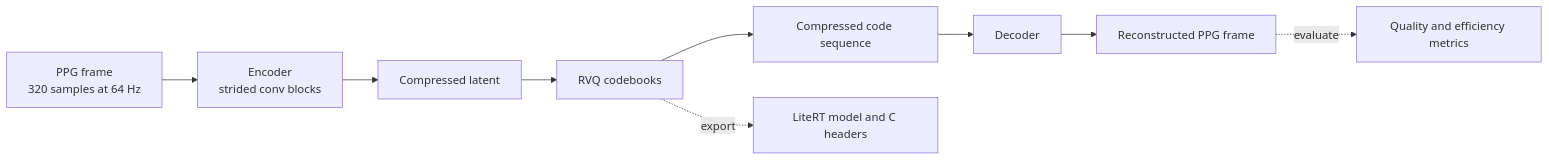
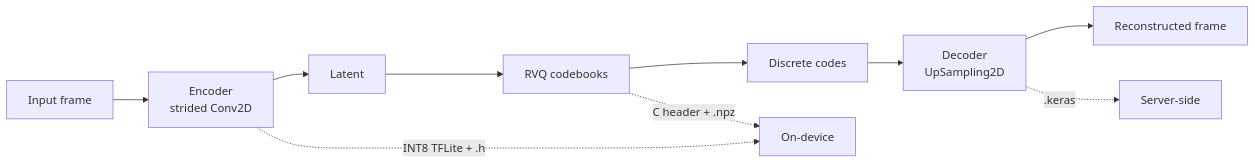
One commit to AmbiqAI/compressionkit changed the diagram in docs/index.md. Above: the diagram before and after it, drawn with Mermaid. The commit also changed other lines of this file and 404 other files, not shown here.

First line of the commit message:
refactor(models): split rvq_autoencoder.py into blocks, encoder, decoder modules

````diff
--- a/docs/index.md
+++ b/docs/index.md
@@ -131,11 +86,12 @@
 ```mermaid
 flowchart LR
-        A[PPG frame<br/>320 samples at 64 Hz] --> B[Encoder<br/>strided conv blocks]
-    B --> C[Compressed latent]
+    A[Input frame] --> B[Encoder<br/>strided Conv2D]
+    B --> C[Latent]
     C --> D[RVQ codebooks]
-    D --> E[Compressed code sequence]
-    E --> F[Decoder]
-        F --> G[Reconstructed PPG frame]
-    D -. export .-> H[LiteRT model and C headers]
-    G -. evaluate .-> I[Quality and efficiency metrics]
+    D --> E[Discrete codes]
+    E --> F[Decoder<br/>UpSampling2D]
+    F --> G[Reconstructed frame]
+    B -. "INT8 TFLite + .h" .-> H[On-device]
+    D -. "C header + .npz" .-> H
+    F -. ".keras" .-> I[Server-side]
 ```
````
